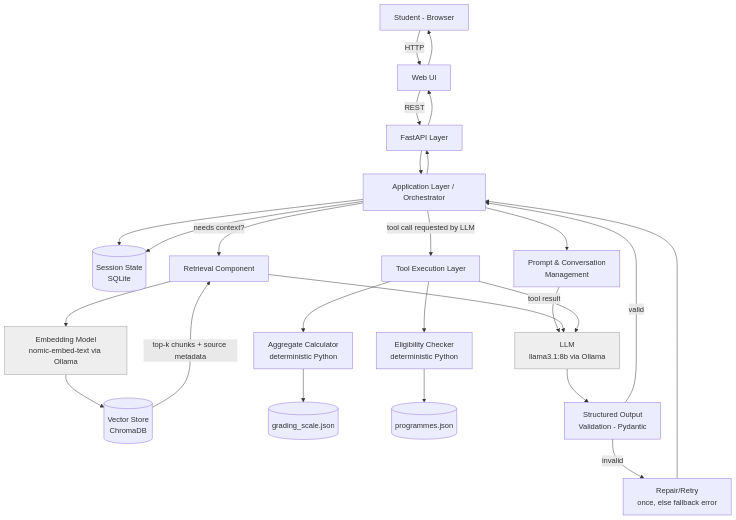
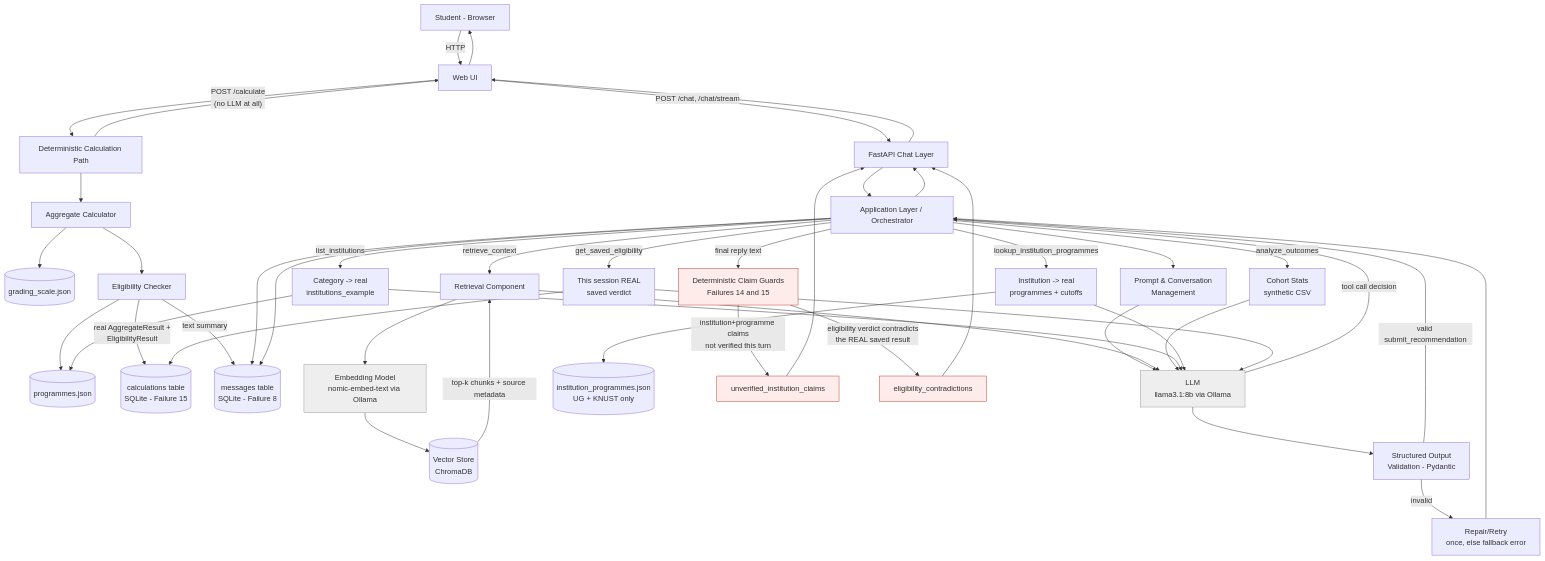
The diagram in docs/architecture.md (steveprempeh23/PathwayGH), drawn with Mermaid before and after one commit. The commit also changed other lines of this file and 2 other files, not shown here.

Commit message:
Fix third-core selection (best-of-two, not track-locked) and implement required_core checking (Failure 16)

````diff
--- a/docs/architecture.md
+++ b/docs/architecture.md
@@ -5,38 +5,60 @@
 ```mermaid
 flowchart TD
     U[Student - Browser] -->|HTTP| UI[Web UI]
-    UI -->|REST| API[FastAPI Layer]
+    UI -->|"POST /calculate\n(no LLM at all)"| CALC[Deterministic Calculation Path]
+    UI -->|"POST /chat, /chat/stream"| API[FastAPI Chat Layer]
+
+    CALC --> T1[Aggregate Calculator]
+    T1 --> JSON1[(grading_scale.json)]
+    T1 --> T2[Eligibility Checker]
+    T2 --> JSON2[(programmes.json)]
+    T2 -->|"real AggregateResult +\nEligibilityResult"| STATE2[(calculations table\nSQLite - Failure 15)]
+    T2 -->|"text summary"| STATE1[(messages table\nSQLite - Failure 8)]
+    CALC --> UI
 
     API --> ORCH[Application Layer / Orchestrator]
-
-    ORCH --> STATE[(Session State\nSQLite)]
+    ORCH --> STATE1
     ORCH --> PROMPT[Prompt & Conversation\nManagement]
 
     PROMPT --> LLM[LLM\nllama3.1:8b via Ollama]
+    LLM -->|tool call decision| ORCH
 
-    ORCH -->|needs context?| RETRIEVE[Retrieval Component]
+    ORCH -->|retrieve_context| RETRIEVE[Retrieval Component]
     RETRIEVE --> EMB[Embedding Model\nnomic-embed-text via Ollama]
     EMB --> VSTORE[(Vector Store\nChromaDB)]
     VSTORE -->|top-k chunks + source metadata| RETRIEVE
     RETRIEVE --> LLM
 
-    ORCH -->|tool call requested by LLM| TOOLS[Tool Execution Layer]
-    TOOLS --> T1[Aggregate Calculator\ndeterministic Python]
-    TOOLS --> T2[Eligibility Checker\ndeterministic Python]
-    T1 --> JSON1[(grading_scale.json)]
-    T2 --> JSON2[(programmes.json)]
-    TOOLS -->|tool result| LLM
+    ORCH -->|analyze_outcomes| ANALYZE[Cohort Stats\nsynthetic CSV]
+    ORCH -->|list_institutions| LISTINST[Category -> real\ninstitutions_example]
+    LISTINST --> JSON2
+    ORCH -->|lookup_institution_programmes| LOOKUPPROG[Institution -> real\nprogrammes + cutoffs]
+    LOOKUPPROG --> JSON3[(institution_programmes.json\nUG + KNUST only)]
+    ORCH -->|get_saved_eligibility| GETELIG[This session REAL\nsaved verdict]
+    GETELIG --> STATE2
+    ANALYZE --> LLM
+    LISTINST --> LLM
+    LOOKUPPROG --> LLM
+    GETELIG --> LLM
 
     LLM --> VALIDATE[Structured Output\nValidation - Pydantic]
-    VALIDATE -->|valid| ORCH
+    VALIDATE -->|valid submit_recommendation| ORCH
     VALIDATE -->|invalid| REPAIR[Repair/Retry\nonce, else fallback error]
     REPAIR --> ORCH
 
-    ORCH --> STATE
+    ORCH -->|final reply text| GUARD[Deterministic Claim Guards\nFailures 14 and 15]
+    GUARD -->|"institution+programme claims\nnot verified this turn"| GUARDOUT1[unverified_institution_claims]
+    GUARD -->|"eligibility verdict contradicts\nthe REAL saved result"| GUARDOUT2[eligibility_contradictions]
+    GUARDOUT1 --> API
+    GUARDOUT2 --> API
+
+    ORCH --> STATE1
     ORCH --> API
     API --> UI
     UI --> U
 
     classDef external fill:#eee,stroke:#999
     class LLM,EMB external
+    classDef guard fill:#fdecea,stroke:#c0392b
+    class GUARD,GUARDOUT1,GUARDOUT2 guard
 ```
````
